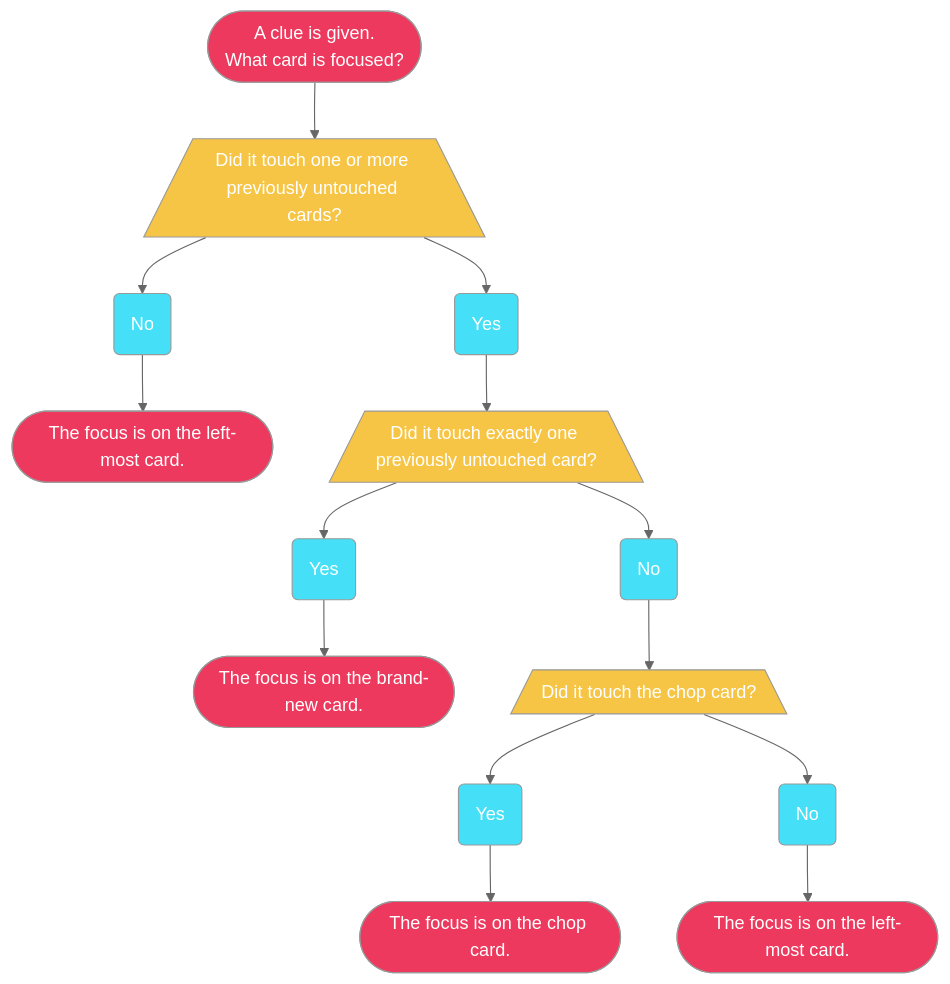
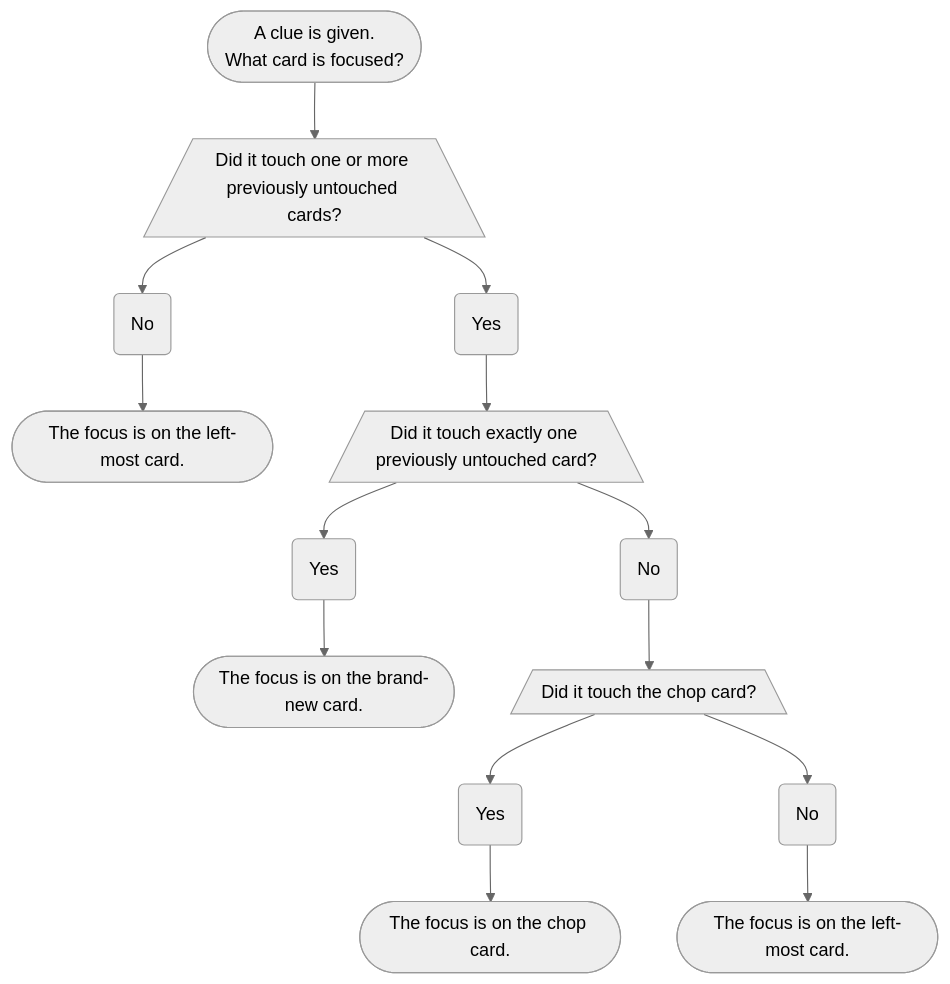
The diagram in docs/level-1.mdx (hanabi/hanabi.github.io), drawn with Mermaid (neutral theme) before and after one commit.

Commit message:
chore: remove colors

````diff
--- a/docs/level-1.mdx
+++ b/docs/level-1.mdx
@@ -58,46 +58,32 @@
 ```mermaid
-graph TD;
+flowchart TD;
 
 S([A clue is given.<br />What card is focused?])
-style S fill:#ed395d,color:#fff
 D1[/Did it touch one or more previously untouched cards?\]
-style D1 fill:#f7c545,color:#fff
 D1Y(Yes)
-style D1Y fill:#45e0f7,color:#fff
 D1N(No)
-style D1N fill:#45e0f7,color:#fff
 D1NL([The focus is on the left-most card.])
-style D1NL fill:#ed395d,color:#fff
 D2[/Did it touch exactly one previously untouched card?\]
-style D2 fill:#f7c545,color:#fff
 D2Y(Yes)
-style D2Y fill:#45e0f7,color:#fff
 D2N(No)
-style D2N fill:#45e0f7,color:#fff
 D2YL([The focus is on the brand-new card.])
-style D2YL fill:#ed395d,color:#fff
 D3[/Did it touch the chop card?\]
-style D3 fill:#f7c545,color:#fff
 D3Y(Yes)
-style D3Y fill:#45e0f7,color:#fff
 D3N(No)
-style D3N fill:#45e0f7,color:#fff
 D3YL([The focus is on the chop card.])
-style D3YL fill:#ed395d,color:#fff
 D3NL([The focus is on the left-most card.])
-style D3NL fill:#ed395d,color:#fff
 
 S --> D1;
 D1 --> D1Y;
 D1 --> D1N;
 D1N --> D1NL;
 D1Y --> D2;
 D2 --> D2Y;
 D2 --> D2N;
 D2Y --> D2YL;
 D2N --> D3;
 D3 --> D3Y;
 D3 --> D3N;
 D3Y --> D3YL;
 D3N --> D3NL;
 ```
````
